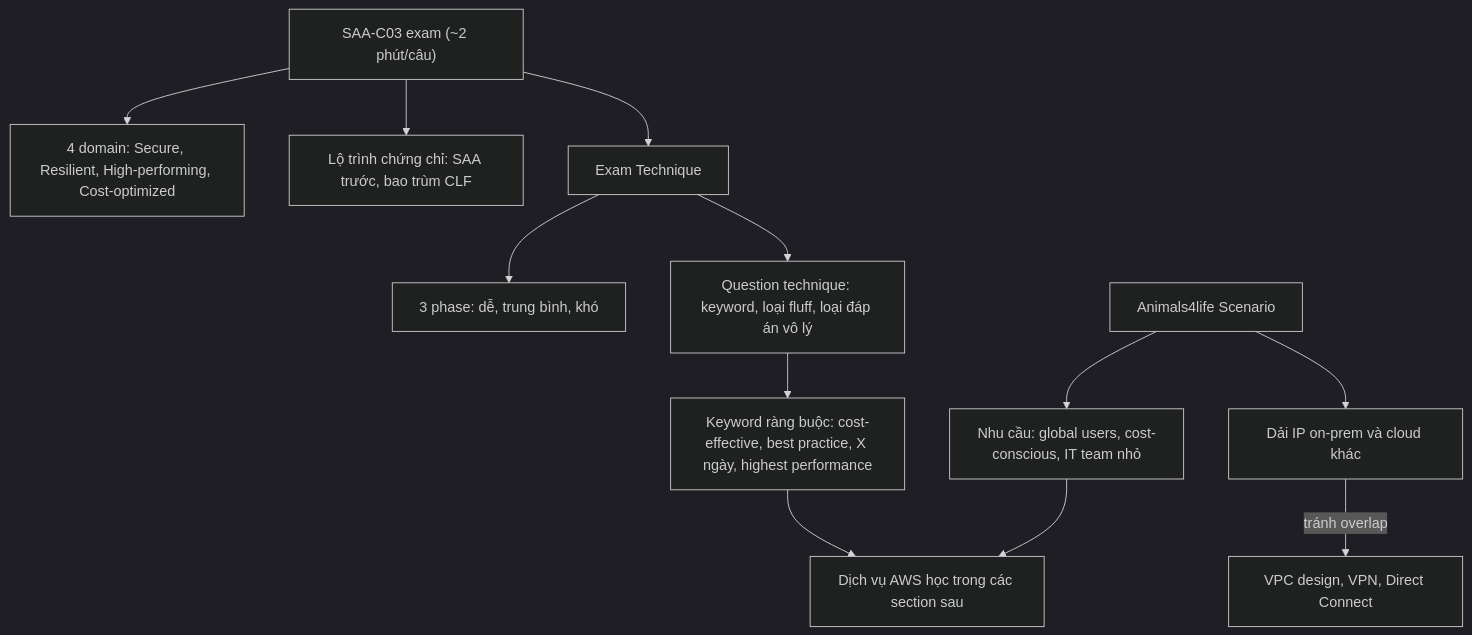
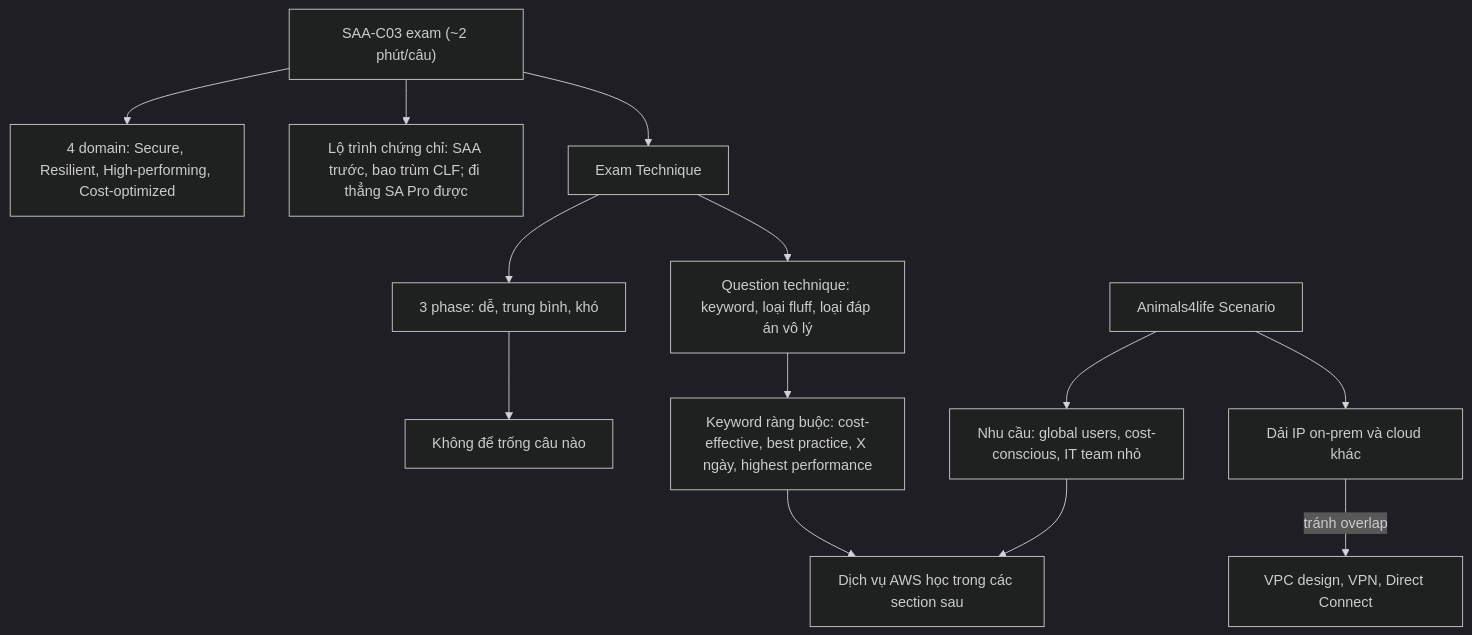
The diagram in data/00 Course and Exam/_MOC 00 Course and Exam.md (hairbui76/aws-saa-c03), drawn with Mermaid (dark theme) before and after one commit. The commit also changed other lines of this file and 20 other files, not shown here.

````diff
--- a/data/00 Course and Exam/_MOC 00 Course and Exam.md
+++ b/data/00 Course and Exam/_MOC 00 Course and Exam.md
@@ -17,14 +17,15 @@
 ```mermaid
 flowchart TB
   EXAM["SAA-C03 exam (~2 phút/câu)"] --> DOM["4 domain: Secure, Resilient, High-performing, Cost-optimized"]
-  EXAM --> PATH["Lộ trình chứng chỉ: SAA trước, bao trùm CLF"]
+  EXAM --> PATH["Lộ trình chứng chỉ: SAA trước, bao trùm CLF; đi thẳng SA Pro được"]
   EXAM --> TECH["Exam Technique"]
   TECH --> PH["3 phase: dễ, trung bình, khó"]
+  PH --> BLANK["Không để trống câu nào"]
   TECH --> QT["Question technique: keyword, loại fluff, loại đáp án vô lý"]
   QT --> KW["Keyword ràng buộc: cost-effective, best practice, X ngày, highest performance"]
   A4L["Animals4life Scenario"] --> NEEDS["Nhu cầu: global users, cost-conscious, IT team nhỏ"]
   A4L --> CIDR["Dải IP on-prem và cloud khác"]
   NEEDS --> SVC["Dịch vụ AWS học trong các section sau"]
   CIDR -->|"tránh overlap"| VPC["VPC design, VPN, Direct Connect"]
   KW --> SVC
 ```
````
